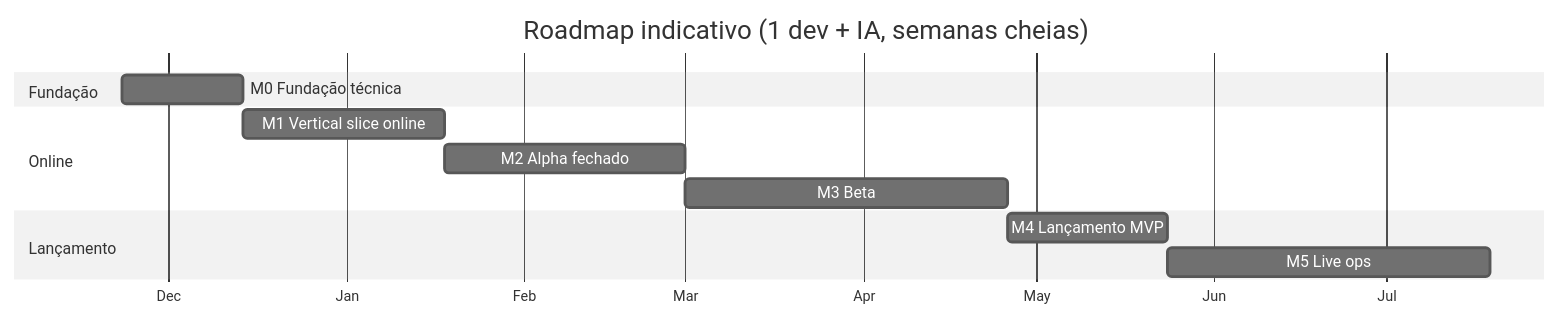
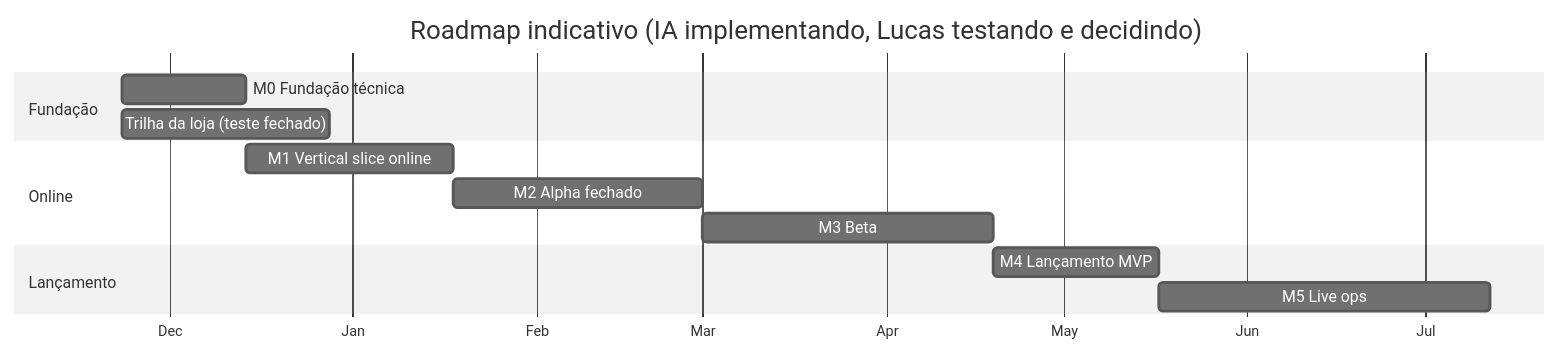
One commit to Flushin/rpg-wuxia changed the diagram in docs/roadmap/04-marcos.md. Above: the diagram before and after it, drawn with Mermaid (neutral theme). The commit also changed other lines of this file and 5 other files, not shown here.

First line of the commit message:
Roadmap: premissa de solo dev sem experiência de loja, com a IA fazendo quase tudo

````diff
--- a/docs/roadmap/04-marcos.md
+++ b/docs/roadmap/04-marcos.md
@@ -265,15 +316,16 @@
 ```mermaid
 gantt
   dateFormat  YYYY-MM-DD
   axisFormat  %b
-  title Roadmap indicativo (1 dev + IA, semanas cheias)
+  title Roadmap indicativo (IA implementando, Lucas testando e decidindo)
   section Fundação
   M0 Fundação técnica        :m0, 2026-11-23, 3w
+  Trilha da loja (teste fechado) :loja, 2026-11-23, 5w
   section Online
   M1 Vertical slice online   :m1, after m0, 5w
   M2 Alpha fechado           :m2, after m1, 6w
-  M3 Beta                    :m3, after m2, 8w
+  M3 Beta                    :m3, after m2, 7w
   section Lançamento
   M4 Lançamento MVP          :m4, after m3, 4w
   M5 Live ops                :m5, after m4, 8w
 ```
````
